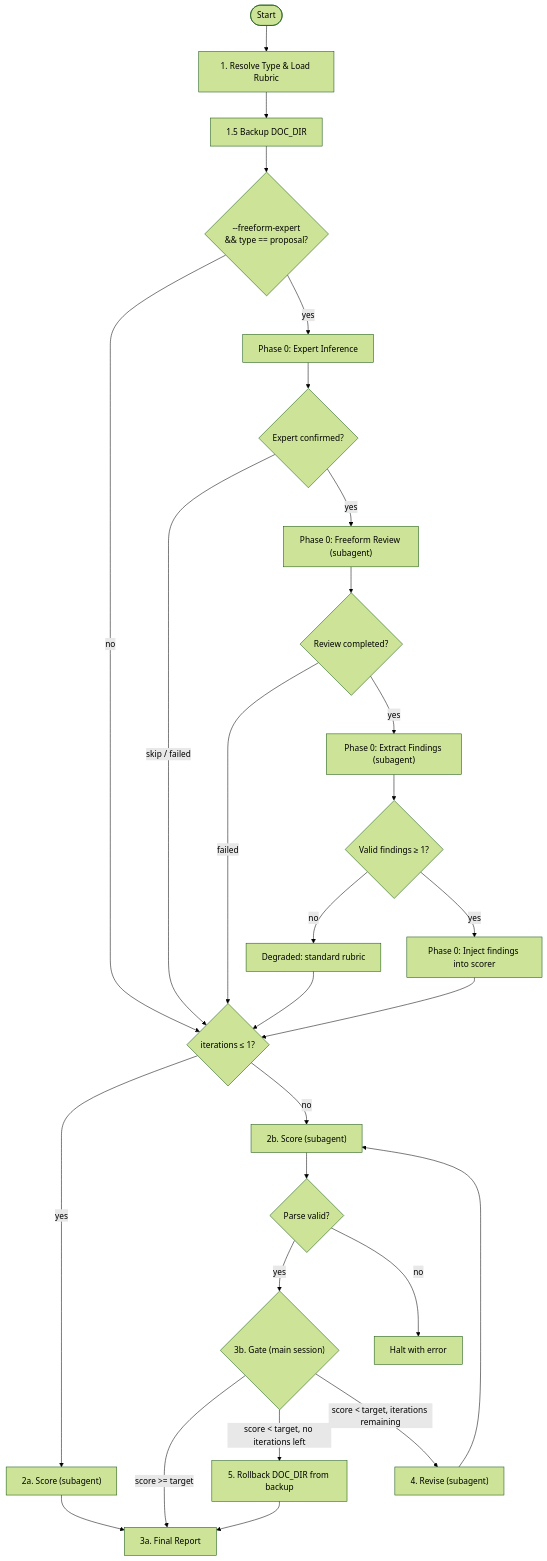
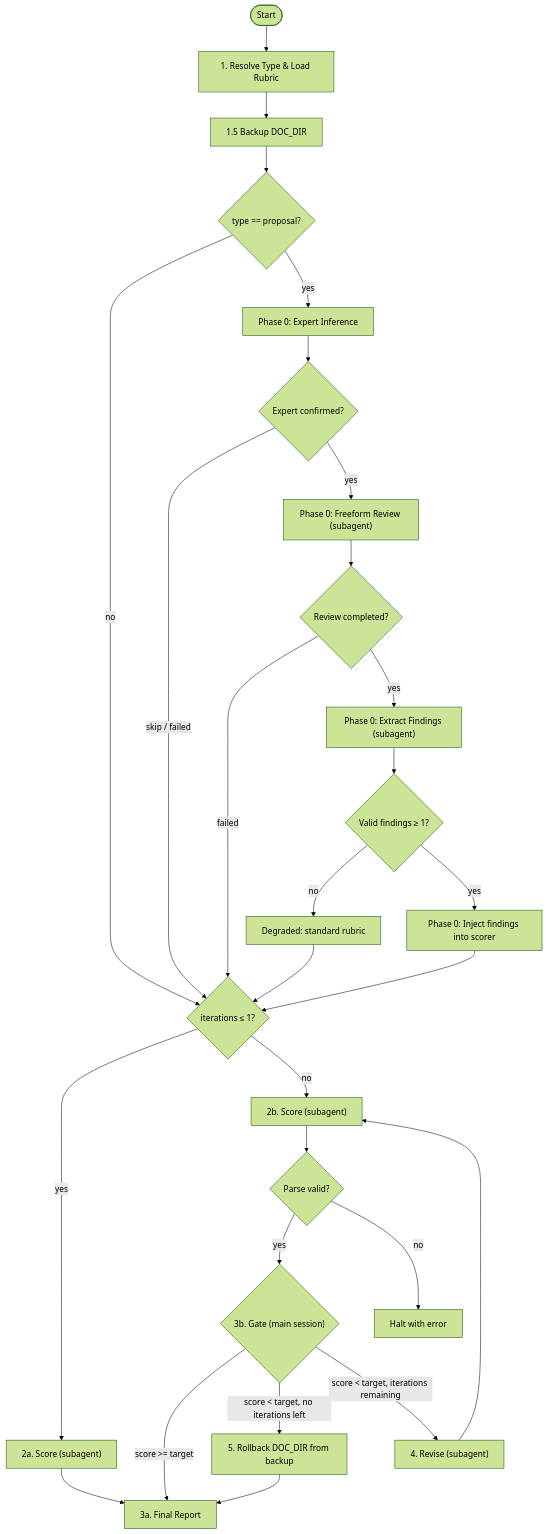
Before and after one commit to bigfaner/forge: the diagram in plugins/forge/skills/eval/SKILL.md, drawn with Mermaid (forest theme). The commit also changed other lines of this file and 1 other file, not shown here.

First line of the commit message:
refactor(eval): make freeform expert review default for proposal eval

````diff
--- a/plugins/forge/skills/eval/SKILL.md
+++ b/plugins/forge/skills/eval/SKILL.md
@@ -52,30 +49,30 @@
 ```mermaid
 flowchart TD
     A([Start]) --> B["1. Resolve Type & Load Rubric"]
     B --> BAK["1.5 Backup DOC_DIR"]
-    BAK --> P0{"--freeform-expert\n&& type == proposal?"}
+    BAK --> P0{"type == proposal?"}
     P0 -->|"no"| C{"iterations ≤ 1?"}
     P0 -->|"yes"| P0A["Phase 0: Expert Inference"]
     P0A --> P0B{"Expert confirmed?"}
     P0B -->|"skip / failed"| C
     P0B -->|"yes"| P0C["Phase 0: Freeform Review (subagent)"]
     P0C --> P0D{"Review completed?"}
     P0D -->|"failed"| C
     P0D -->|"yes"| P0E["Phase 0: Extract Findings (subagent)"]
     P0E --> P0F{"Valid findings ≥ 1?"}
     P0F -->|"no"| P0G["Degraded: standard rubric"]
     P0G --> C
     P0F -->|"yes"| P0H["Phase 0: Inject findings into scorer"]
     P0H --> C
     C -->|"yes"| D["2a. Score (subagent)"]
     D --> E["3a. Final Report"]
     C -->|"no"| F["2b. Score (subagent)"]
     F --> PARSE{"Parse valid?"}
     PARSE -->|"yes"| G{"3b. Gate (main session)"}
     PARSE -->|"no"| ERR["Halt with error"]
     G -->|"score >= target"| E
     G -->|"score < target, no iterations left"| ROLL["5. Rollback DOC_DIR from backup"]
     ROLL --> E
     G -->|"score < target, iterations remaining"| H["4. Revise (subagent)"]
     H --> F
 ```
````
